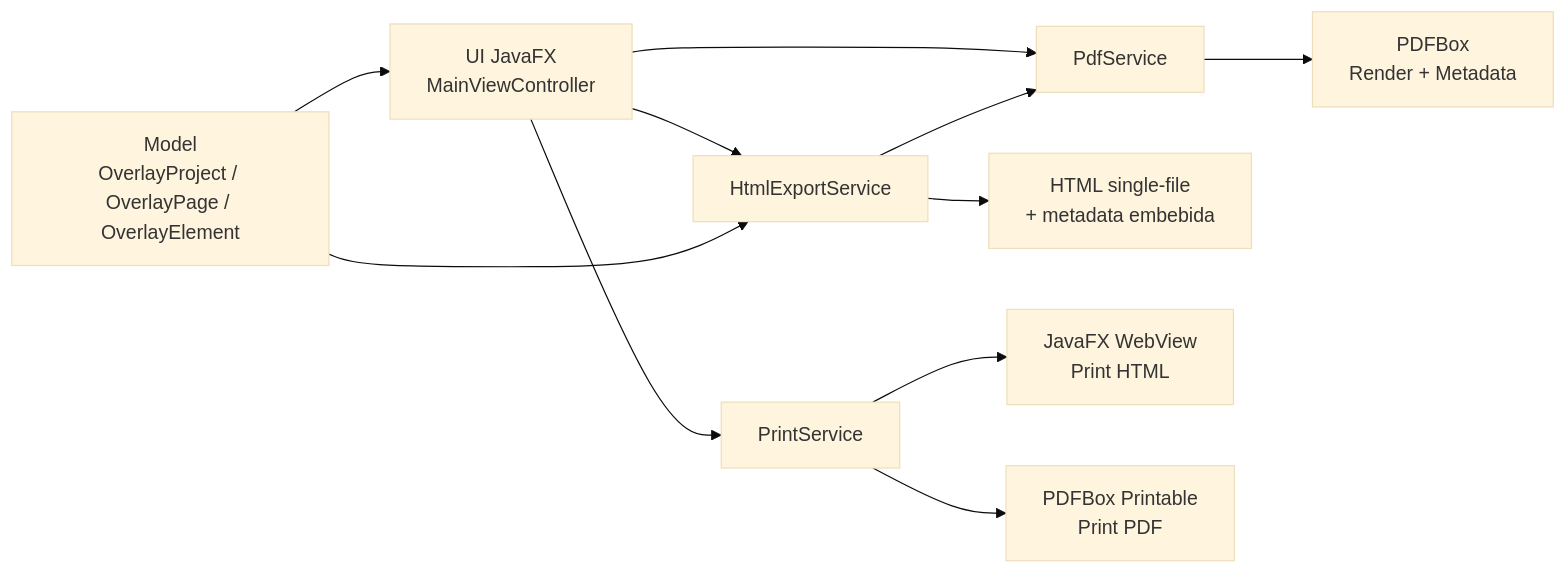
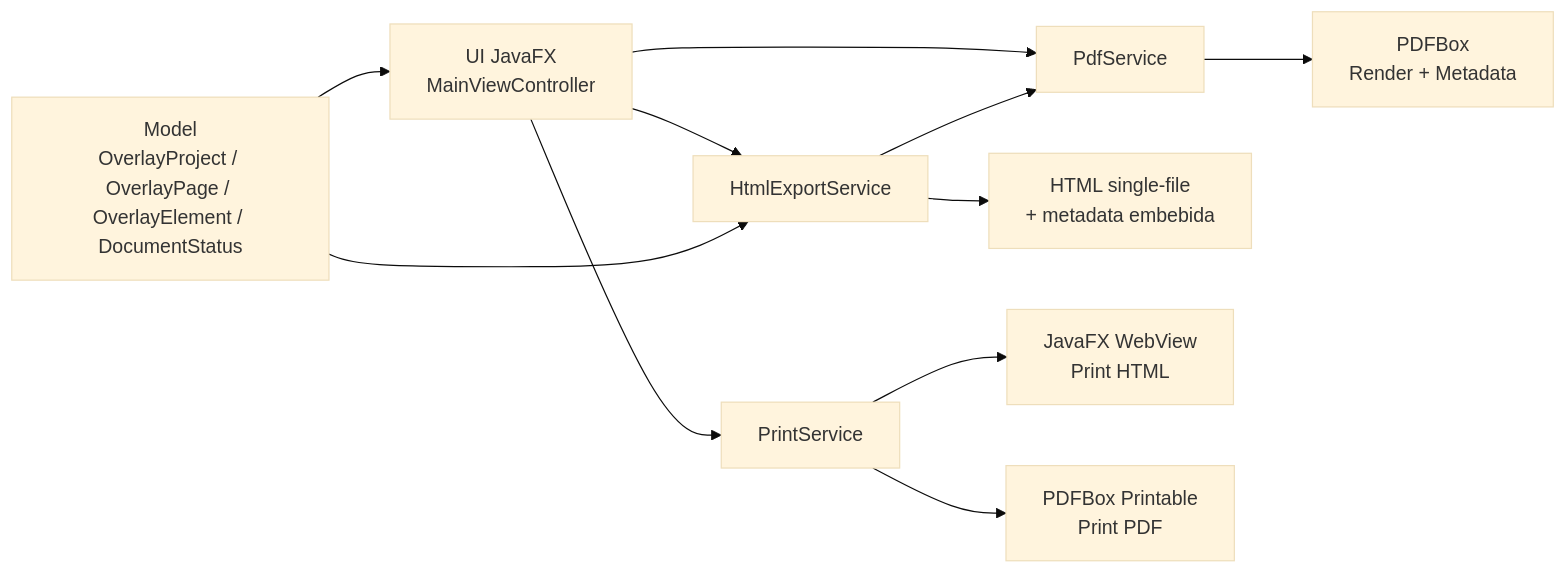
The diagram in README.md (berroteran/pdf-overlay-design), drawn with Mermaid (base theme) before and after one commit. The commit also changed other lines of this file, not shown here.

````diff
--- a/README.md
+++ b/README.md
@@ -73,15 +152,15 @@
 ```mermaid
 flowchart LR
   A[UI JavaFX\nMainViewController] --> B[PdfService]
   A --> C[HtmlExportService]
   A --> D[PrintService]
 
   B --> E[PDFBox\nRender + Metadata]
   C --> B
   C --> F[HTML single-file\n+ metadata embebida]
   D --> G[JavaFX WebView\nPrint HTML]
   D --> H[PDFBox Printable\nPrint PDF]
 
-  I[Model\nOverlayProject / OverlayPage / OverlayElement] --> A
+  I[Model\nOverlayProject / OverlayPage / OverlayElement / DocumentStatus] --> A
   I --> C
 ```
````
